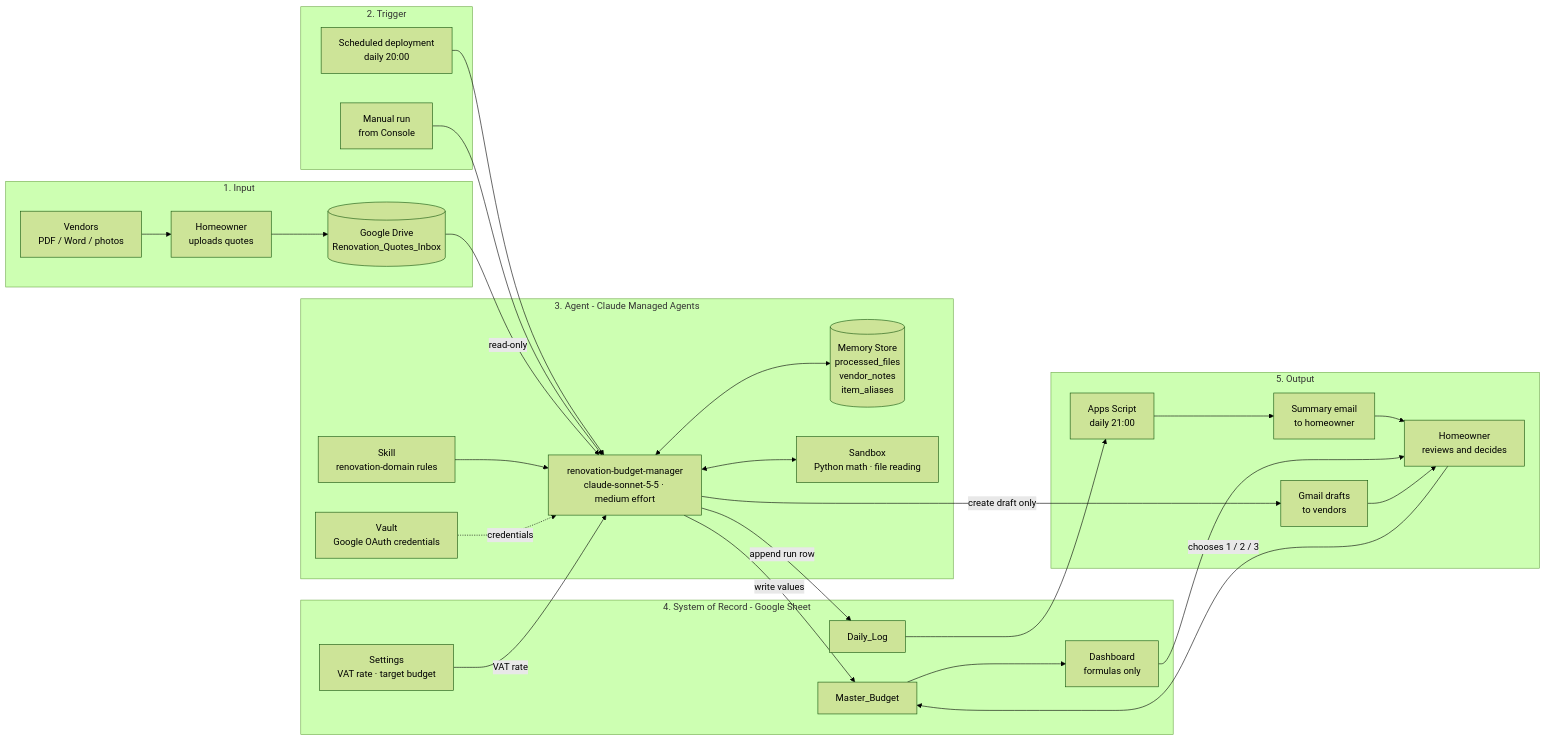
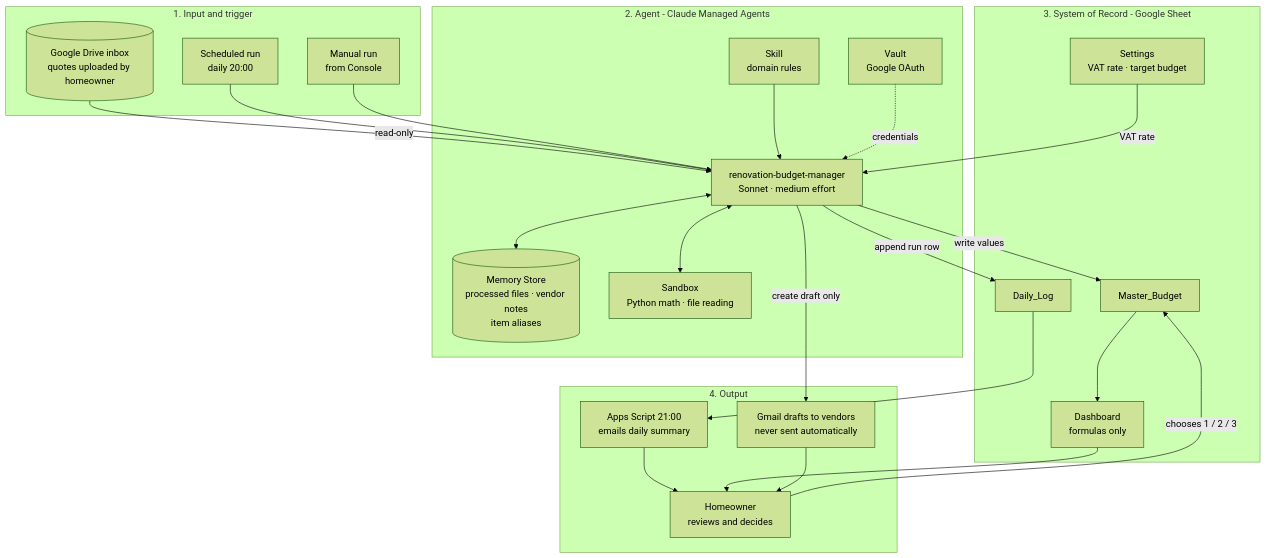
Before and after one commit to Zvia-AI/aido-lesson6-agent: the first of 3 diagrams in Architecture.md, drawn with Mermaid (forest theme).

Commit message:
Vertical system diagram for readability

````diff
--- a/Architecture.md
+++ b/Architecture.md
@@ -19,53 +19,47 @@
 ```mermaid
-flowchart LR
-    subgraph IN["1. Input"]
-        VEN["Vendors<br/>PDF / Word / photos"]
-        HO1["Homeowner<br/>uploads quotes"]
-        DRV[("Google Drive<br/>Renovation_Quotes_Inbox")]
-        VEN --> HO1 --> DRV
-    end
-
-    subgraph TRG["2. Trigger"]
-        SCH["Scheduled deployment<br/>daily 20:00"]
+flowchart TB
+    subgraph IN["1. Input and trigger"]
+        DRV[("Google Drive inbox<br/>quotes uploaded by homeowner")]
+        SCH["Scheduled run<br/>daily 20:00"]
         MAN["Manual run<br/>from Console"]
     end
 
-    subgraph AGT["3. Agent - Claude Managed Agents"]
-        AG["renovation-budget-manager<br/>claude-sonnet-5-5 · medium effort"]
-        SKL["Skill<br/>renovation-domain rules"]
-        MEM[("Memory Store<br/>processed_files<br/>vendor_notes<br/>item_aliases")]
+    subgraph AGT["2. Agent - Claude Managed Agents"]
+        SKL["Skill<br/>domain rules"]
+        AG["renovation-budget-manager<br/>Sonnet · medium effort"]
+        VLT["Vault<br/>Google OAuth"]
+        MEM[("Memory Store<br/>processed files · vendor notes<br/>item aliases")]
         SBX["Sandbox<br/>Python math · file reading"]
-        VLT["Vault<br/>Google OAuth credentials"]
     end
 
-    subgraph SOR["4. System of Record - Google Sheet"]
+    subgraph SOR["3. System of Record - Google Sheet"]
+        SET["Settings<br/>VAT rate · target budget"]
         MB["Master_Budget"]
         DL["Daily_Log"]
-        SET["Settings<br/>VAT rate · target budget"]
         DSH["Dashboard<br/>formulas only"]
     end
 
-    subgraph OUT["5. Output"]
-        DRF["Gmail drafts<br/>to vendors"]
-        APS["Apps Script<br/>daily 21:00"]
-        EML["Summary email<br/>to homeowner"]
-        HO2["Homeowner<br/>reviews and decides"]
+    subgraph OUT["4. Output"]
+        DRF["Gmail drafts to vendors<br/>never sent automatically"]
+        APS["Apps Script 21:00<br/>emails daily summary"]
+        HO["Homeowner<br/>reviews and decides"]
     end
 
+    DRV -->|"read-only"| AG
     SCH --> AG
     MAN --> AG
-    DRV -->|"read-only"| AG
     SKL --> AG
+    VLT -.->|"credentials"| AG
     AG <--> MEM
     AG <--> SBX
-    VLT -.->|"credentials"| AG
     SET -->|"VAT rate"| AG
     AG -->|"write values"| MB
     AG -->|"append run row"| DL
     AG -->|"create draft only"| DRF
     MB --> DSH
-    DL --> APS --> EML --> HO2
-    DSH --> HO2
-    DRF --> HO2
-    HO2 -->|"chooses 1 / 2 / 3"| MB
+    DL --> APS
+    APS --> HO
+    DSH --> HO
+    DRF --> HO
+    HO -->|"chooses 1 / 2 / 3"| MB
 ```
````
